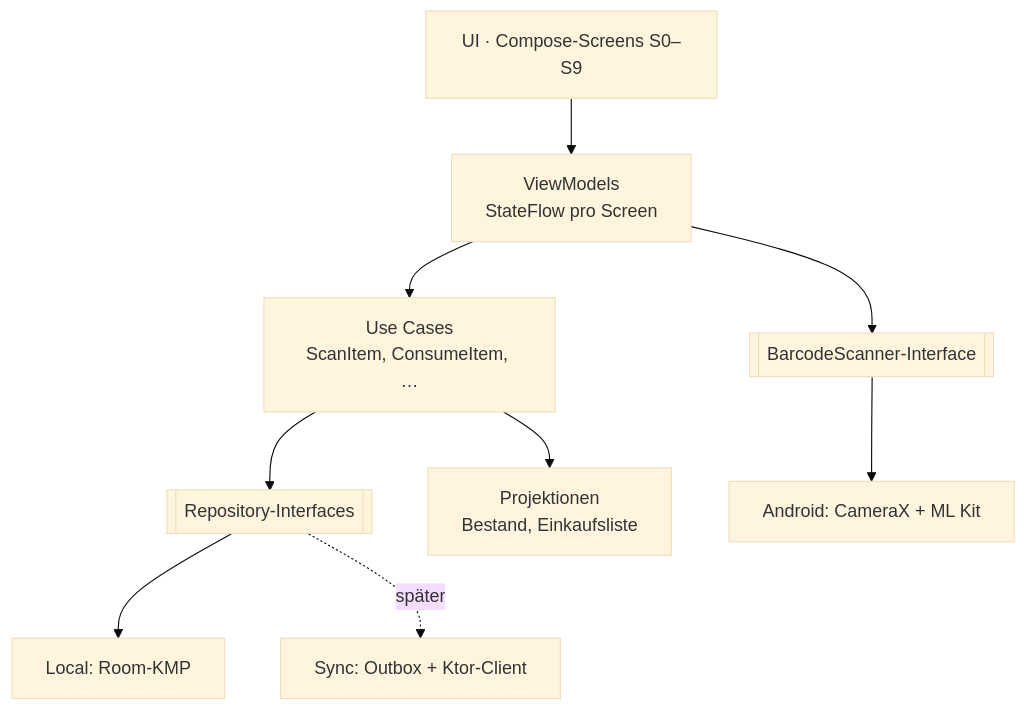
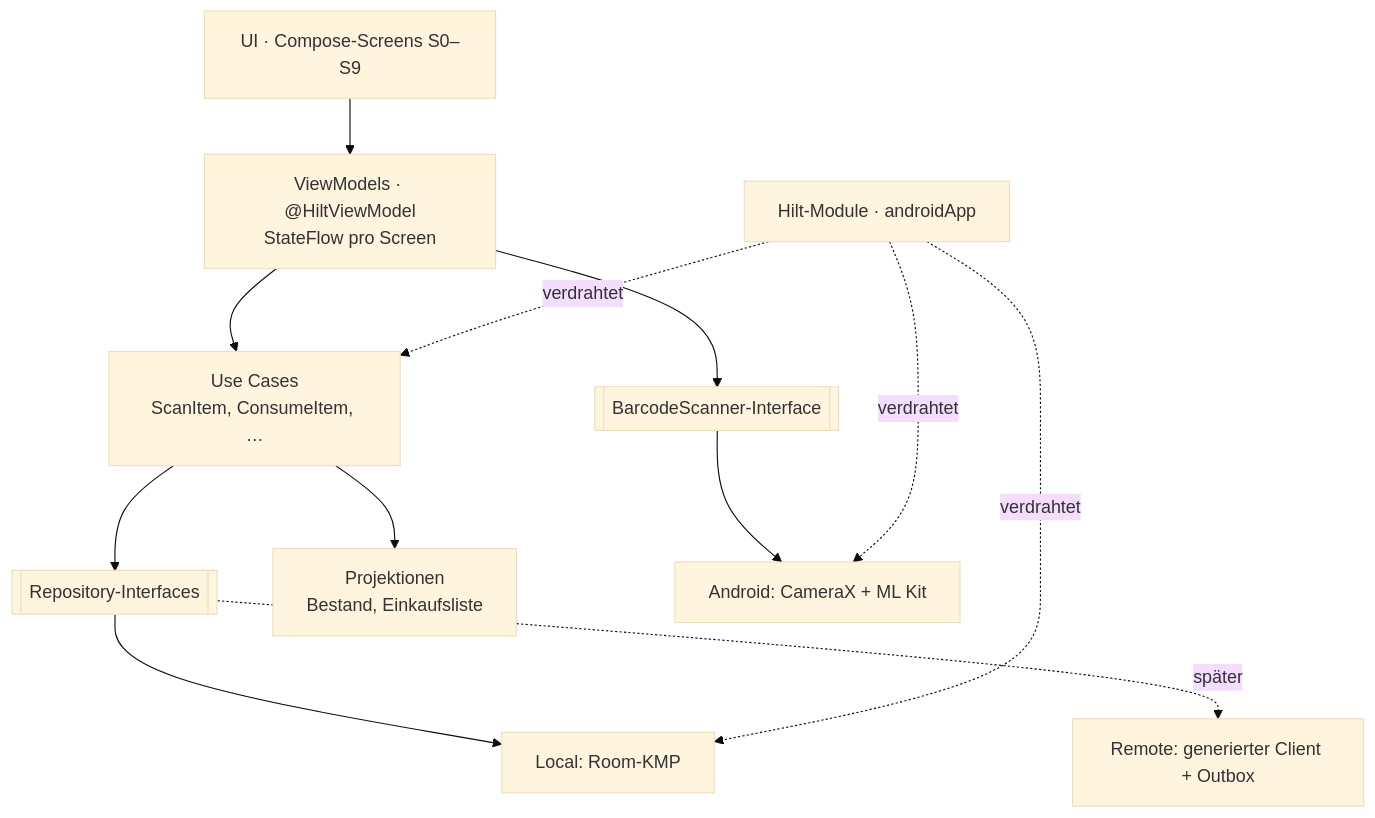
The third of 7 diagrams in docs/architecture.md (Moses20/DigitalStorageRoom), drawn with Mermaid (base theme) before and after one commit. The commit also changed other lines of this file, not shown here.

````diff
--- a/docs/architecture.md
+++ b/docs/architecture.md
@@ -100,11 +113,14 @@
 ```mermaid
 flowchart TD
-    UI[UI · Compose-Screens S0–S9] --> VM[ViewModels<br/>StateFlow pro Screen]
+    UI[UI · Compose-Screens S0–S9] --> VM[ViewModels · @HiltViewModel<br/>StateFlow pro Screen]
     VM --> UC[Use Cases<br/>ScanItem, ConsumeItem, …]
     UC --> R[[Repository-Interfaces]]
     UC --> P[Projektionen<br/>Bestand, Einkaufsliste]
     R --> L[Local: Room-KMP]
-    R -. später .-> S[Sync: Outbox + Ktor-Client]
+    R -. später .-> S[Remote: generierter Client + Outbox]
     VM --> SC[[BarcodeScanner-Interface]]
     SC --> MK[Android: CameraX + ML Kit]
+    HM[Hilt-Module · androidApp] -. verdrahtet .-> UC
+    HM -. verdrahtet .-> L
+    HM -. verdrahtet .-> MK
 ```
````
